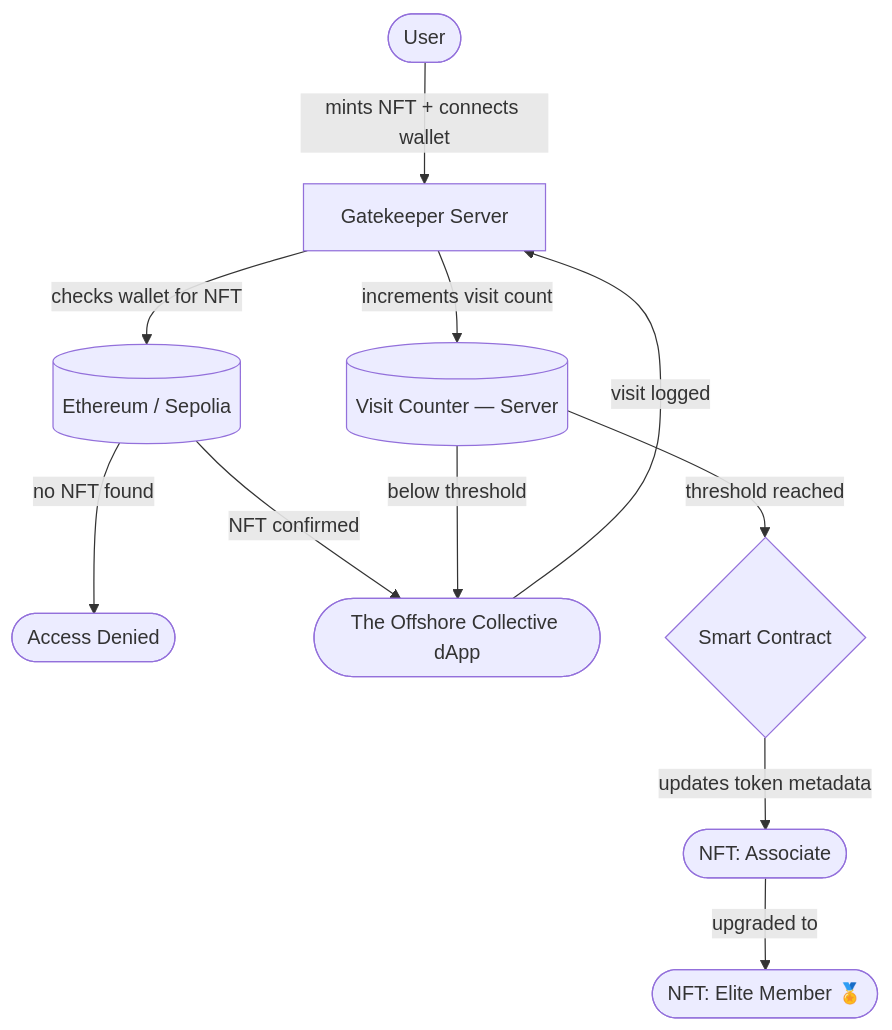
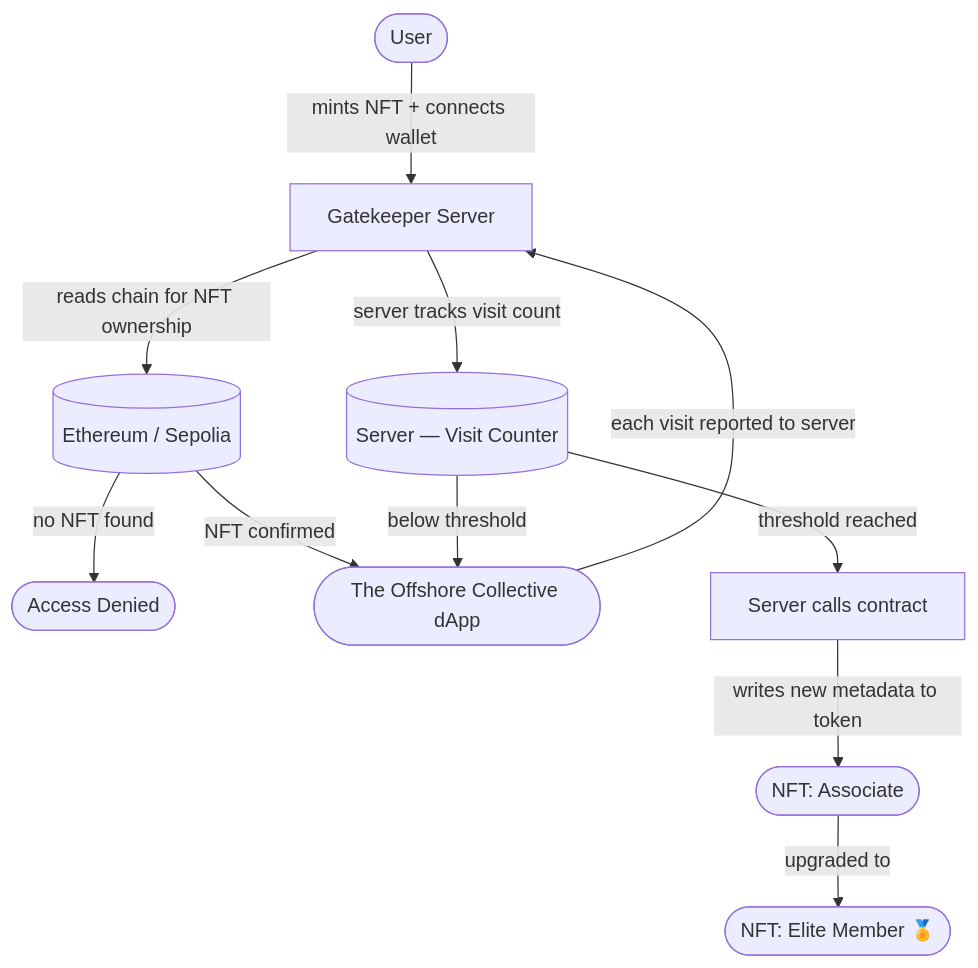
Before and after one commit to MashiyaL/MashiyaL: the diagram in README.md, drawn with Mermaid. The commit also changed other lines of this file, not shown here.

````diff
--- a/README.md
+++ b/README.md
@@ -119,15 +119,15 @@
 ```mermaid
 flowchart TD
     A([User]) -->|mints NFT + connects wallet| B[Gatekeeper Server]
-    B -->|checks wallet for NFT| C[(Ethereum / Sepolia)]
+    B -->|reads chain for NFT ownership| C[(Ethereum / Sepolia)]
     C -->|no NFT found| D([Access Denied])
     C -->|NFT confirmed| E([The Offshore Collective dApp])
 
-    E -->|visit logged| B
-    B -->|increments visit count| F[(Visit Counter — Server)]
+    E -->|each visit reported to server| B
+    B -->|server tracks visit count| F[(Server — Visit Counter)]
     F -->|below threshold| E
-    F -->|threshold reached| G{Smart Contract}
+    F -->|threshold reached| G[Server calls contract]
 
-    G -->|updates token metadata| H([NFT: Associate])
+    G -->|writes new metadata to token| H([NFT: Associate])
     H -->|upgraded to| I([NFT: Elite Member 🏅])
 ```
````
